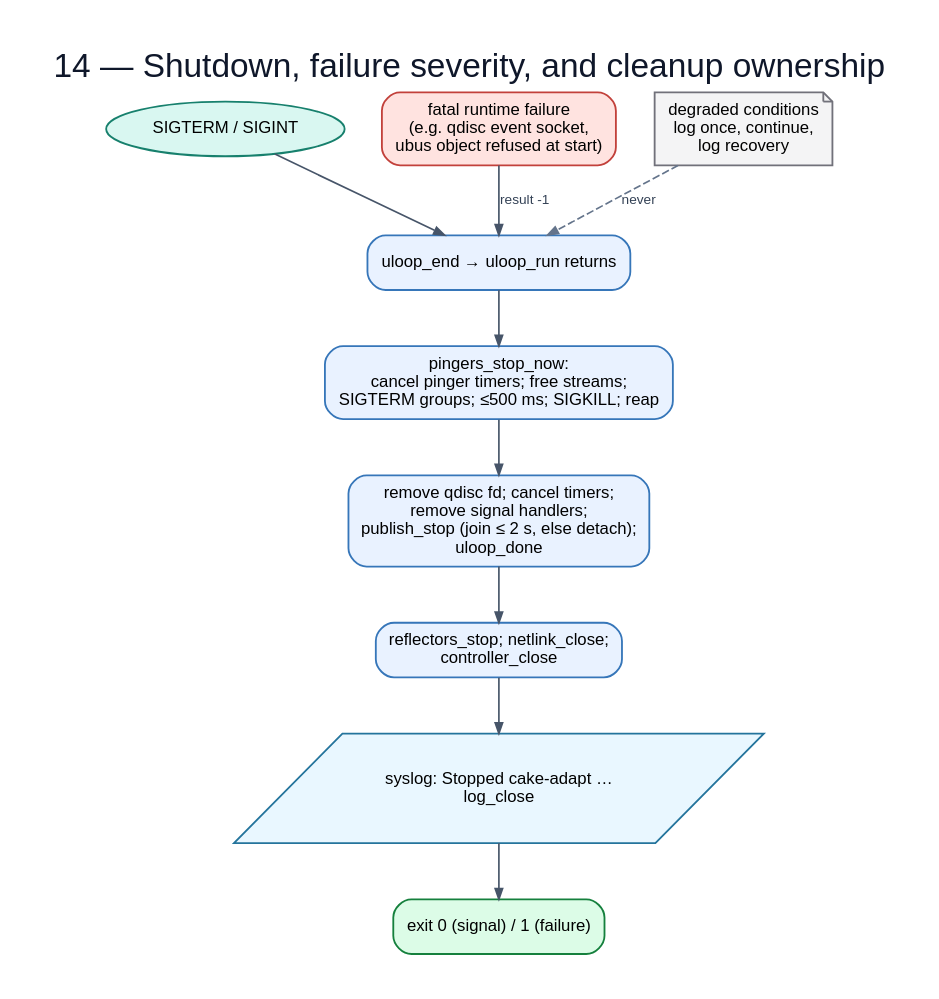
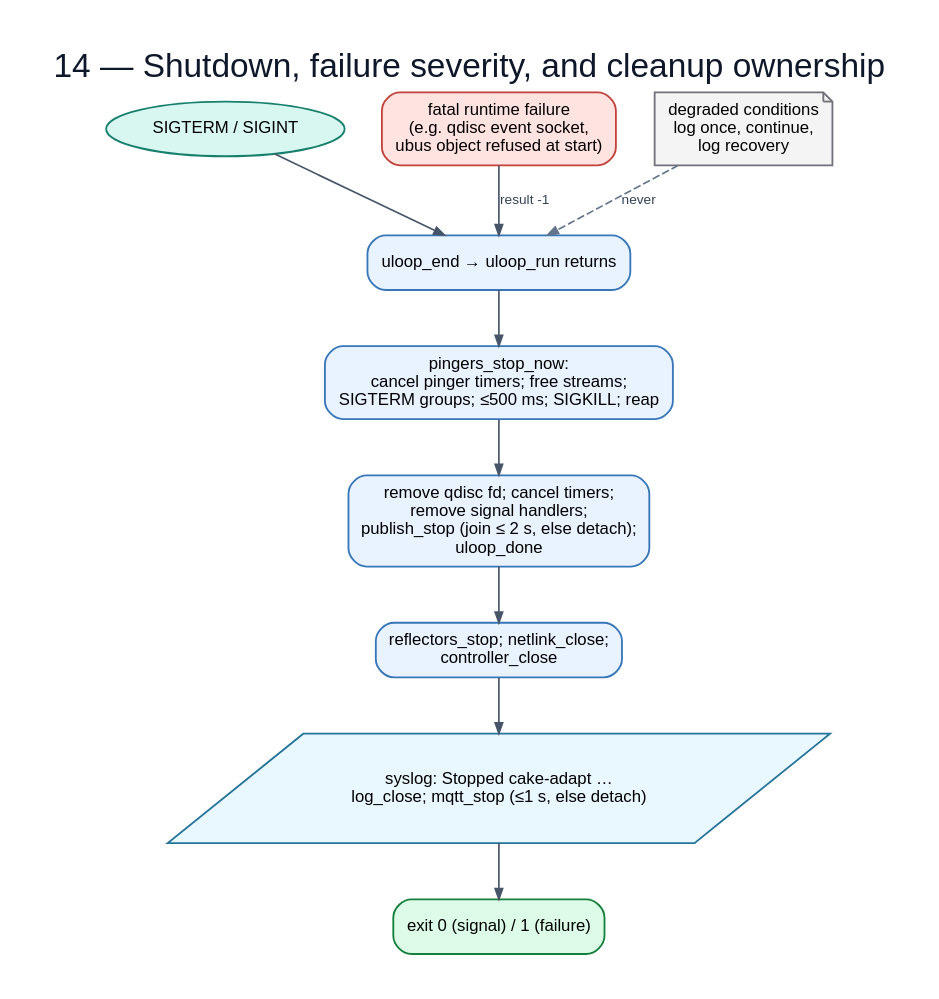
One commit to huydoan94/cake-adapt changed the diagram in flowchart/diagrams/14-shutdown-and-failure.dot. Above: the diagram before and after it, drawn with Graphviz. The commit also changed 26 other files, not shown here.

First line of the commit message:
profiling: record MQTT acceptance and refresh current-code flowcharts

```diff
--- a/flowchart/diagrams/14-shutdown-and-failure.dot
+++ b/flowchart/diagrams/14-shutdown-and-failure.dot
@@ -1,22 +1,22 @@
 digraph G {
   graph [rankdir=TB,bgcolor="white",pad="0.30",nodesep="0.35",ranksep="0.48",splines=polyline,fontname="Arial",label="14 — Shutdown, failure severity, and cleanup ownership",labelloc=t,fontsize=22,fontcolor="#0f172a"];
   node [fontname="Arial",fontsize=11,margin="0.14,0.09",penwidth=1.2];
   edge [fontname="Arial",fontsize=9,color="#475569",fontcolor="#334155",arrowsize=0.7,penwidth=1.1];
   sig [label="SIGTERM / SIGINT",shape=oval,style="filled",fillcolor="#d9f7f1",color="#17806d"];
   fatal [label="fatal runtime failure\n(e.g. qdisc event socket,\nubus object refused at start)",shape=box,style="rounded,filled",fillcolor="#ffe3e0",color="#c2413b"];
   end [label="uloop_end → uloop_run returns",shape=box,style="rounded,filled",fillcolor="#e9f2ff",color="#3676b9"];
   pingers [label="pingers_stop_now:\ncancel pinger timers; free streams;\nSIGTERM groups; ≤500 ms; SIGKILL; reap",shape=box,style="rounded,filled",fillcolor="#e9f2ff",color="#3676b9"];
   loop [label="remove qdisc fd; cancel timers;\nremove signal handlers;\npublish_stop (join ≤ 2 s, else detach);\nuloop_done",shape=box,style="rounded,filled",fillcolor="#e9f2ff",color="#3676b9"];
   free [label="reflectors_stop; netlink_close;\ncontroller_close",shape=box,style="rounded,filled",fillcolor="#e9f2ff",color="#3676b9"];
-  log [label="syslog: Stopped cake-adapt …\nlog_close",shape=parallelogram,style="filled",fillcolor="#e9f7ff",color="#24749c"];
+  log [label="syslog: Stopped cake-adapt …\nlog_close; mqtt_stop (≤1 s, else detach)",shape=parallelogram,style="filled",fillcolor="#e9f7ff",color="#24749c"];
   exit [label="exit 0 (signal) / 1 (failure)",shape=box,style="rounded,filled,bold",fillcolor="#dcfce7",color="#15803d"];
   degraded [label="degraded conditions\nlog once, continue,\nlog recovery",shape=note,style="filled",fillcolor="#f4f4f5",color="#71717a"];
   sig -> end;
   fatal -> end [label="result -1"];
   end -> pingers;
   pingers -> loop;
   loop -> free;
   free -> log;
   log -> exit;
   degraded -> end [label="never",style=dashed,color="#64748b"];
 }
```
